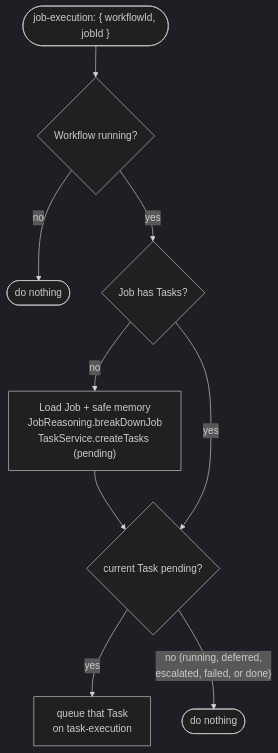
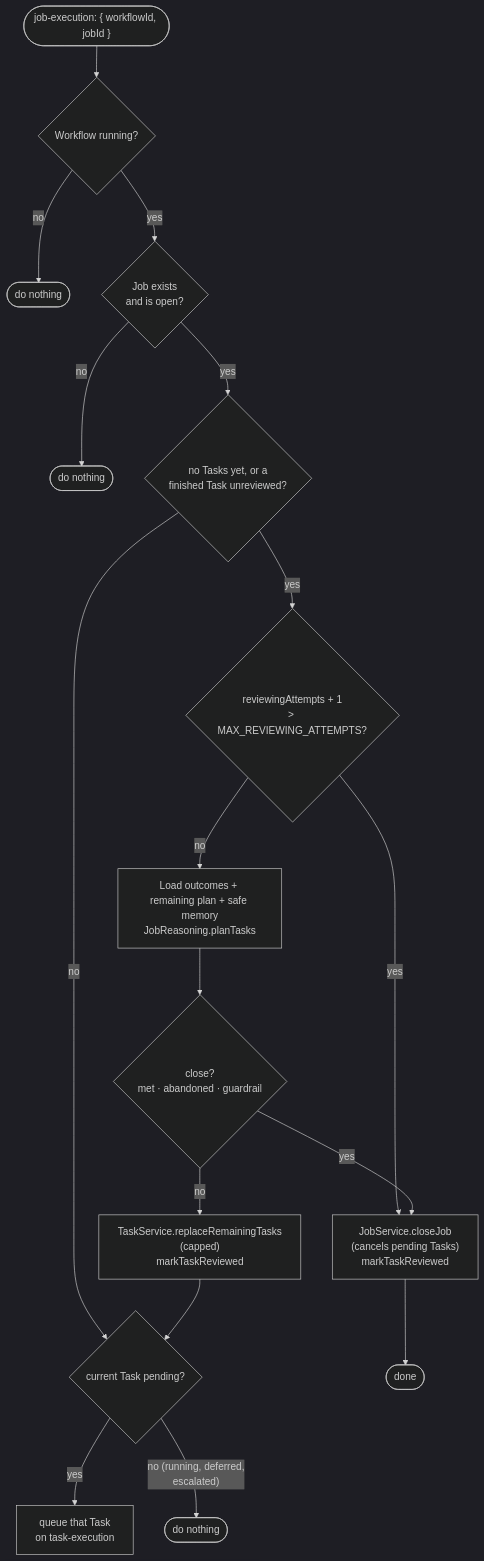
The third of 4 diagrams in packages/backend/src/governance/processors/tech-spec.md (BaraaSoft/agentcores), drawn with Mermaid (dark theme) before and after one commit. The commit also changed other lines of this file and 36 other files, not shown here.

First line of the commit message:
Enhance job and task management in governance module

````diff
--- a/packages/backend/src/governance/processors/tech-spec.md
+++ b/packages/backend/src/governance/processors/tech-spec.md
@@ -149,11 +199,17 @@
 ```mermaid
 flowchart TD
     Start(["job-execution: { workflowId, jobId }"]) --> Running{"Workflow running?"}
     Running -- no --> Stop1(["do nothing"])
-    Running -- yes --> HasTasks{"Job has Tasks?"}
-    HasTasks -- no --> Break["Load Job + safe memory<br/>JobReasoning.breakDownJob<br/>TaskService.createTasks (pending)"]
-    Break --> Current
-    HasTasks -- yes --> Current{"current Task pending?"}
-    Current -- yes --> Queue["queue that Task<br/>on task-execution"]
-    Current -- "no (running, deferred,<br/>escalated, failed, or done)" --> Stop2(["do nothing"])
+    Running -- yes --> Open{"Job exists<br/>and is open?"}
+    Open -- no --> Stop2(["do nothing"])
+    Open -- yes --> Needs{"no Tasks yet, or a<br/>finished Task unreviewed?"}
+    Needs -- no --> Current
+    Needs -- yes --> Attempts{"reviewingAttempts + 1<br/>> MAX_REVIEWING_ATTEMPTS?"}
+    Attempts -- yes --> Close
+    Attempts -- no --> Plan["Load outcomes + remaining plan + safe memory<br/>JobReasoning.planTasks"]
+    Plan --> Decide{"close?<br/>met · abandoned · guardrail"}
+    Decide -- yes --> Close["JobService.closeJob<br/>(cancels pending Tasks)<br/>markTaskReviewed"] --> Stop3(["done"])
+    Decide -- no --> Replace["TaskService.replaceRemainingTasks<br/>(capped)<br/>markTaskReviewed"] --> Current
+    Current{"current Task pending?"} -- yes --> Queue["queue that Task<br/>on task-execution"]
+    Current -- "no (running, deferred,<br/>escalated)" --> Stop4(["do nothing"])
 ```
````
